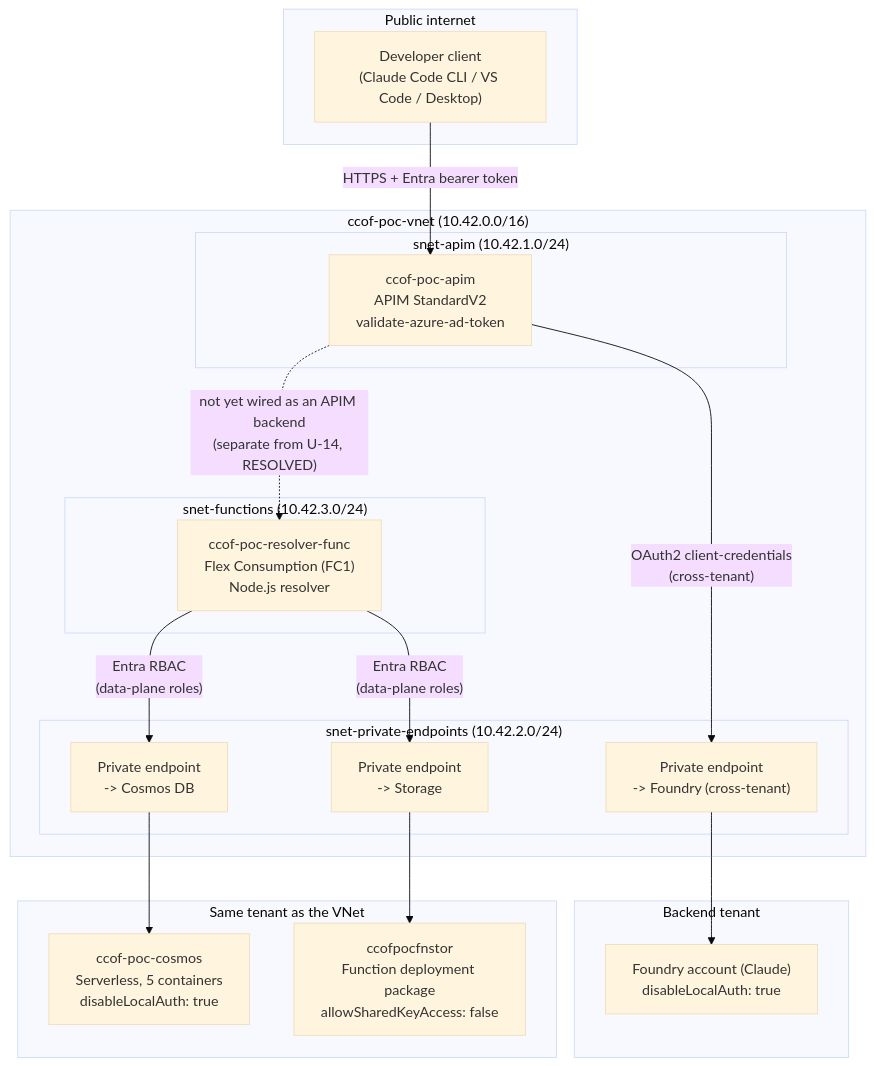
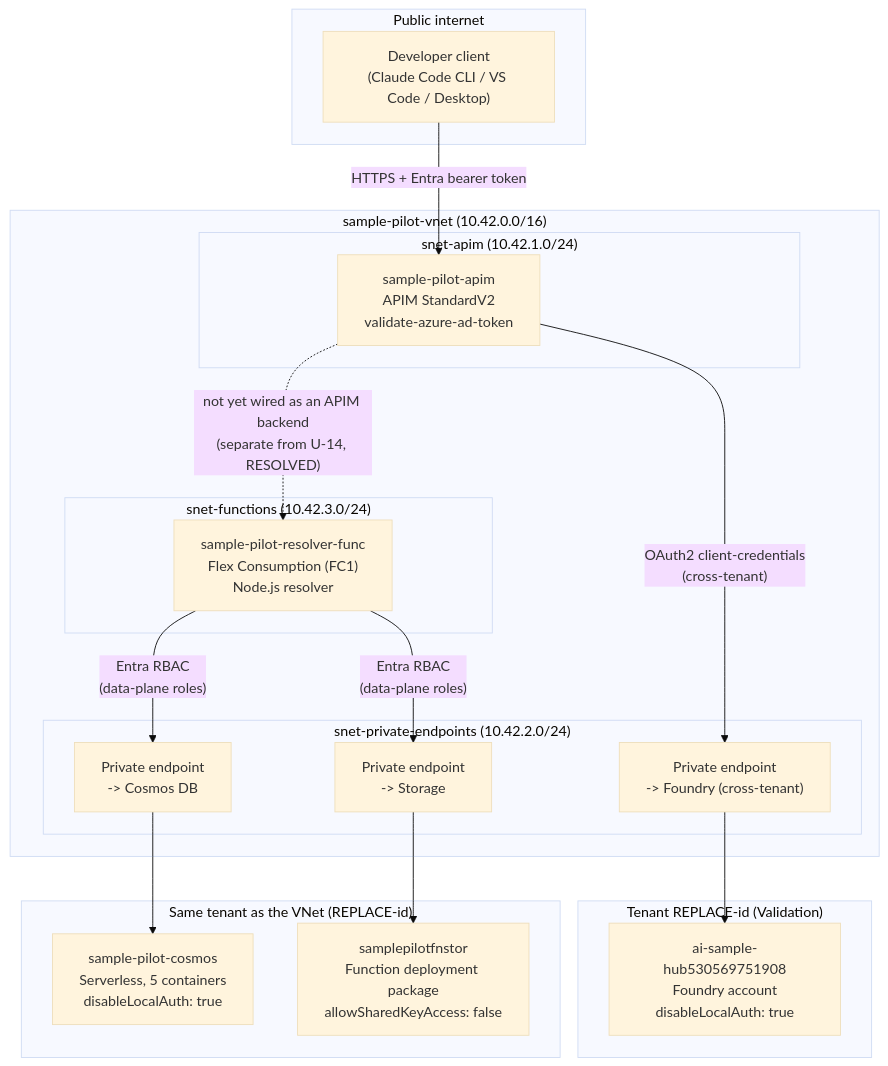
One commit to naveenneog/ccof-bicep changed the diagram in docs/DEPLOYMENT-GUIDE.md. Above: the diagram before and after it, drawn with Mermaid (base theme). The commit also changed other lines of this file and 231 other files, not shown here.

````diff
--- a/docs/DEPLOYMENT-GUIDE.md
+++ b/docs/DEPLOYMENT-GUIDE.md
@@ -17,35 +17,35 @@
 ```mermaid
 flowchart TB
     subgraph Internet["Public internet"]
         DEV["Developer client<br/>(Claude Code CLI / VS Code / Desktop)"]
     end
 
-    subgraph VNET["ccof-poc-vnet (10.42.0.0/16)"]
+    subgraph VNET["sample-pilot-vnet (10.42.0.0/16)"]
         subgraph SNETAPIM["snet-apim (10.42.1.0/24)"]
-            APIM["ccof-poc-apim<br/>APIM StandardV2<br/>validate-azure-ad-token"]
+            APIM["sample-pilot-apim<br/>APIM StandardV2<br/>validate-azure-ad-token"]
         end
         subgraph SNETFUNC["snet-functions (10.42.3.0/24)"]
-            FUNC["ccof-poc-resolver-func<br/>Flex Consumption (FC1)<br/>Node.js resolver"]
+            FUNC["sample-pilot-resolver-func<br/>Flex Consumption (FC1)<br/>Node.js resolver"]
         end
         subgraph SNETPE["snet-private-endpoints (10.42.2.0/24)"]
             PEFOUNDRY["Private endpoint<br/>-> Foundry (cross-tenant)"]
             PECOSMOS["Private endpoint<br/>-> Cosmos DB"]
             PESTORAGE["Private endpoint<br/>-> Storage"]
         end
     end
 
-    subgraph TENANTB["Backend tenant"]
-        FOUNDRY["Foundry account (Claude)<br/>disableLocalAuth: true"]
+    subgraph TENANTB["Tenant REPLACE-id (Validation)"]
+        FOUNDRY["ai-sample-hub530569751908<br/>Foundry account<br/>disableLocalAuth: true"]
     end
 
-    subgraph SAMETENANT["Same tenant as the VNet"]
-        COSMOS["ccof-poc-cosmos<br/>Serverless, 5 containers<br/>disableLocalAuth: true"]
-        STORAGE["ccofpocfnstor<br/>Function deployment package<br/>allowSharedKeyAccess: false"]
+    subgraph SAMETENANT["Same tenant as the VNet (REPLACE-id)"]
+        COSMOS["sample-pilot-cosmos<br/>Serverless, 5 containers<br/>disableLocalAuth: true"]
+        STORAGE["samplepilotfnstor<br/>Function deployment package<br/>allowSharedKeyAccess: false"]
     end
 
     DEV -- "HTTPS + Entra bearer token" --> APIM
     APIM -- "OAuth2 client-credentials<br/>(cross-tenant)" --> PEFOUNDRY --> FOUNDRY
     APIM -. "not yet wired as an APIM backend<br/>(separate from U-14, RESOLVED)" .-> FUNC
     FUNC -- "Entra RBAC<br/>(data-plane roles)" --> PECOSMOS --> COSMOS
     FUNC -- "Entra RBAC<br/>(data-plane roles)" --> PESTORAGE --> STORAGE
 ```
````
